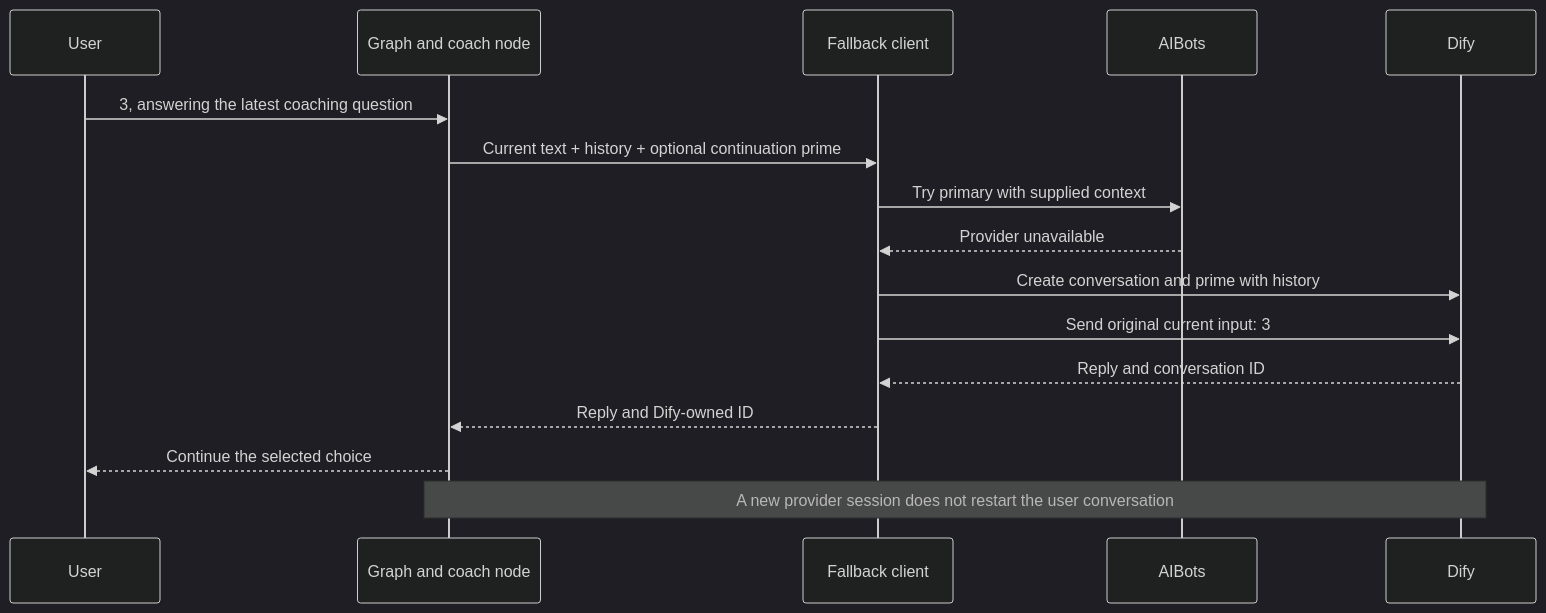
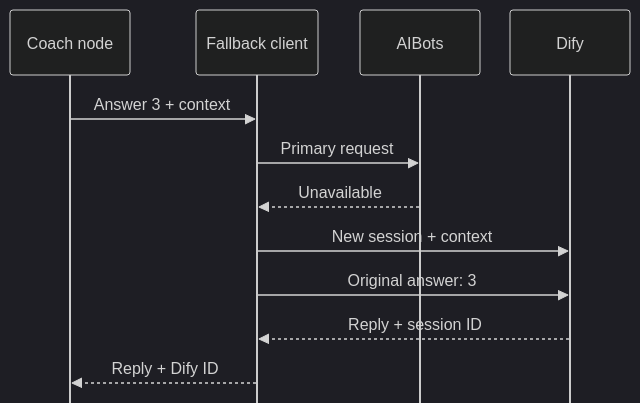
The fourth of 4 diagrams in docs/ARCHITECTURE_IMPLEMENTATION.md (carecorner-insight/tiktok-auth), drawn with Mermaid (dark theme) before and after one commit. The commit also changed other lines of this file and 19 other files, not shown here.

````diff
--- a/docs/ARCHITECTURE_IMPLEMENTATION.md
+++ b/docs/ARCHITECTURE_IMPLEMENTATION.md
@@ -203,18 +380,16 @@
 ```mermaid
+%%{init: {"sequence": {"mirrorActors": false, "width": 120, "actorMargin": 30, "actorFontSize": 16, "messageFontSize": 16, "noteFontSize": 16}}}%%
 sequenceDiagram
-    participant U as User
-    participant G as Graph and coach node
+    participant C as Coach node
     participant F as Fallback client
     participant A as AIBots
     participant D as Dify
-    U->>G: 3, answering the latest coaching question
-    G->>F: Current text + history + optional continuation prime
-    F->>A: Try primary with supplied context
-    A-->>F: Provider unavailable
-    F->>D: Create conversation and prime with history
-    F->>D: Send original current input: 3
-    D-->>F: Reply and conversation ID
-    F-->>G: Reply and Dify-owned ID
-    G-->>U: Continue the selected choice
-    Note over G,D: A new provider session does not restart the user conversation
+
+    C->>F: Answer 3 + context
+    F->>A: Primary request
+    A-->>F: Unavailable
+    F->>D: New session + context
+    F->>D: Original answer: 3
+    D-->>F: Reply + session ID
+    F-->>C: Reply + Dify ID
 ```
````
